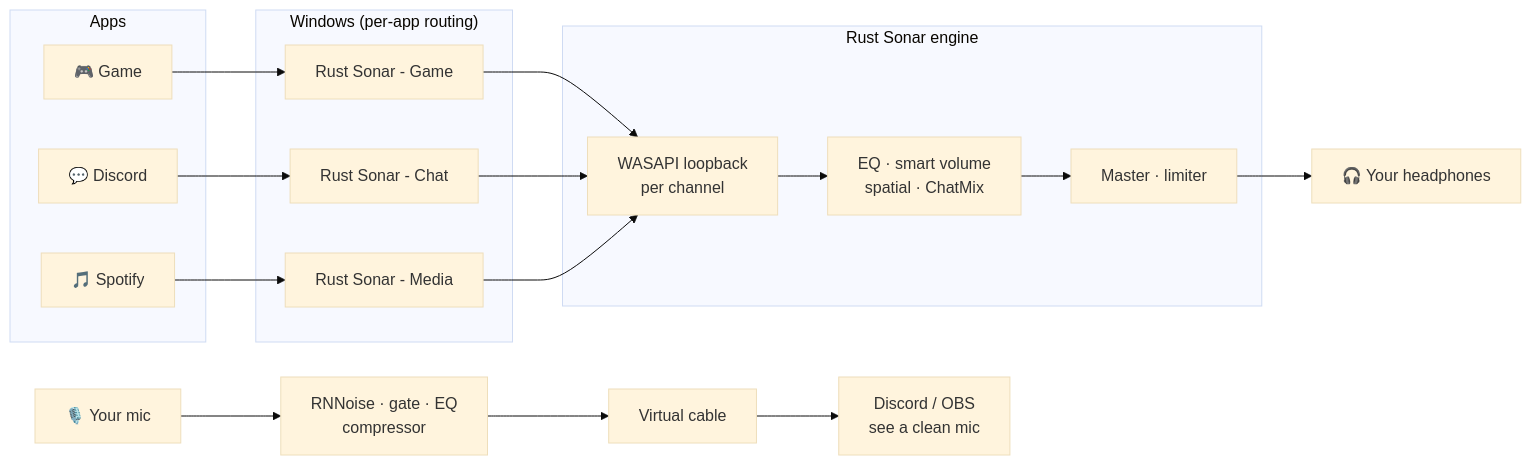
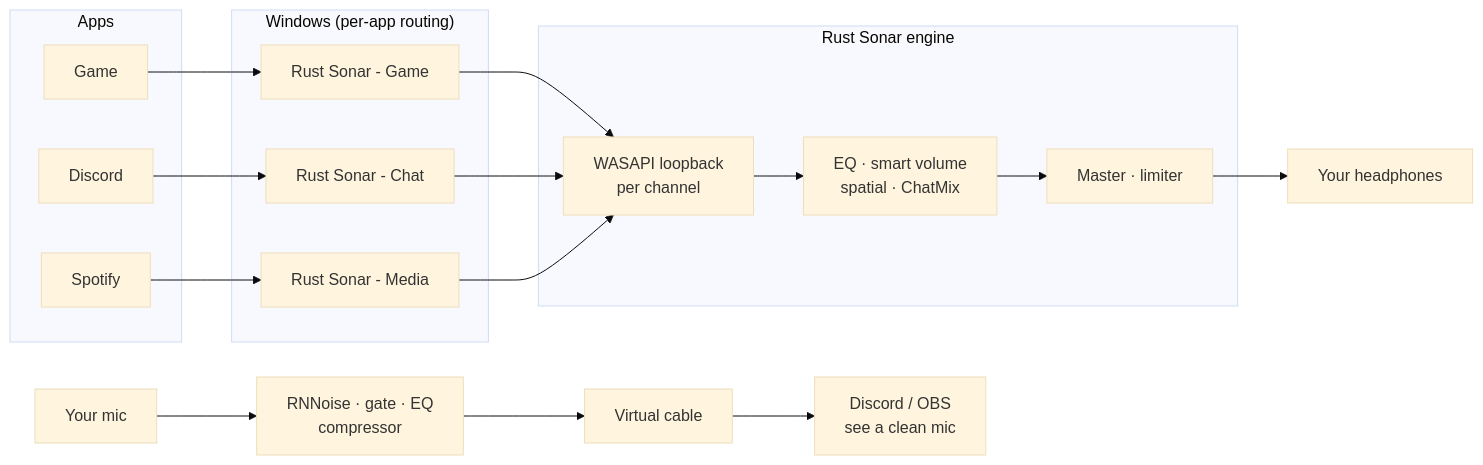
Before and after one commit to kilorito2/rust-sonar: the first of 2 diagrams in README.md, drawn with Mermaid (base theme). The commit also changed other lines of this file and 20 other files, not shown here.

````diff
--- a/README.md
+++ b/README.md
@@ -150,24 +150,24 @@
 ```mermaid
 flowchart LR
     subgraph Apps
-        G[🎮 Game]
-        D[💬 Discord]
-        S[🎵 Spotify]
+        G[Game]
+        D[Discord]
+        S[Spotify]
     end
     subgraph Windows["Windows (per-app routing)"]
         VG[Rust Sonar - Game]
         VC[Rust Sonar - Chat]
         VM[Rust Sonar - Media]
     end
     subgraph Engine["Rust Sonar engine"]
         L[WASAPI loopback<br/>per channel]
         EQ[EQ · smart volume<br/>spatial · ChatMix]
         MIX[Master · limiter]
     end
     G --> VG
     D --> VC
     S --> VM
-    VG & VC & VM --> L --> EQ --> MIX --> H[🎧 Your headphones]
+    VG & VC & VM --> L --> EQ --> MIX --> H[Your headphones]
 
-    MIC[🎙️ Your mic] --> RN[RNNoise · gate · EQ<br/>compressor] --> CAB[Virtual cable] --> DM[Discord / OBS<br/>see a clean mic]
+    MIC[Your mic] --> RN[RNNoise · gate · EQ<br/>compressor] --> CAB[Virtual cable] --> DM[Discord / OBS<br/>see a clean mic]
 ```
````
